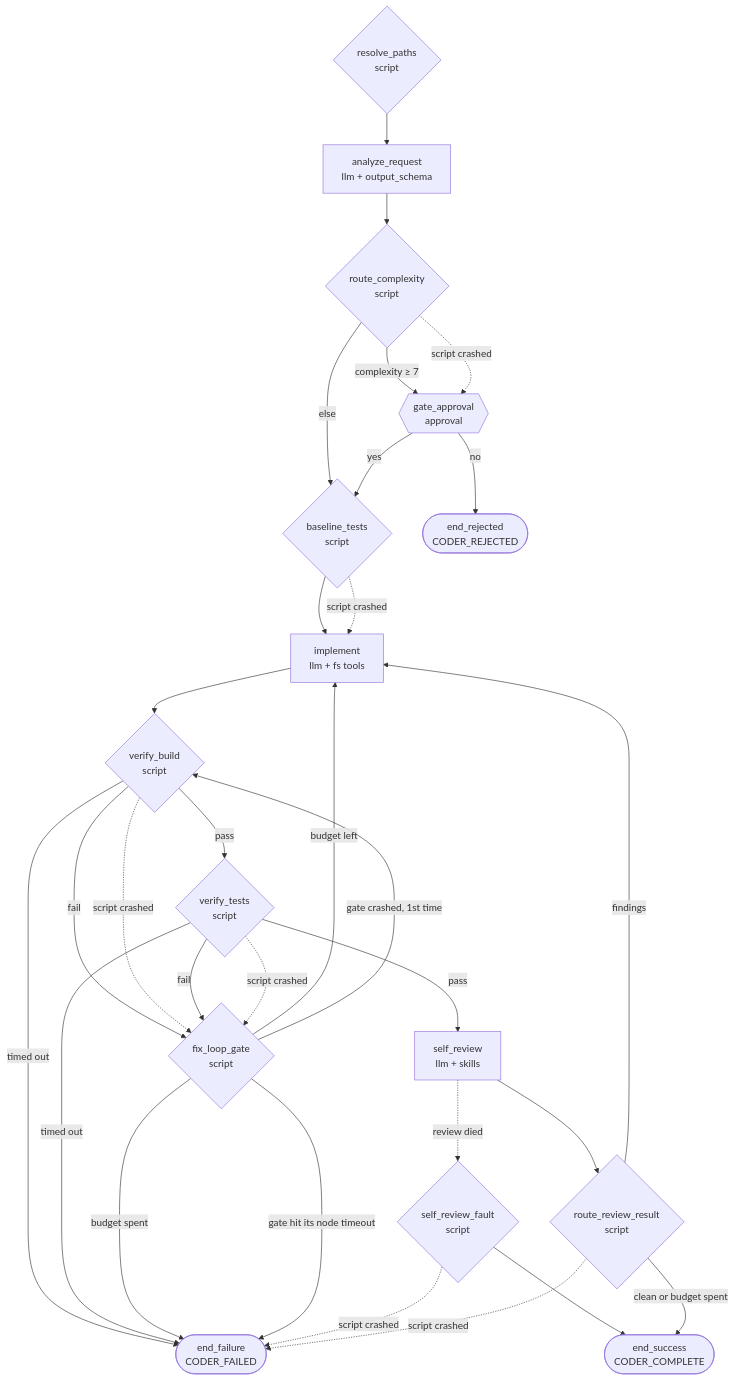
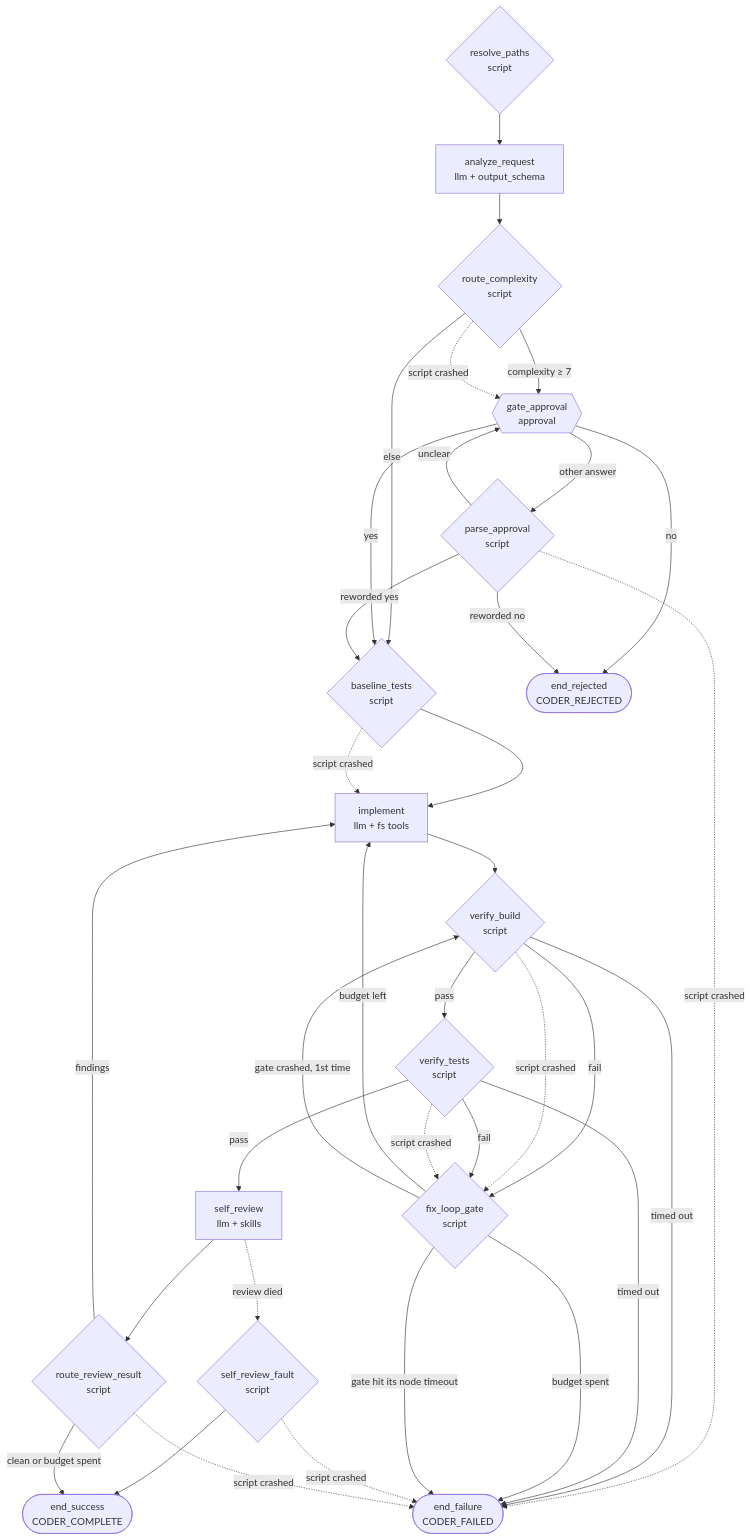
Before and after one commit to Dark-Alex-17/coyote: the diagram in assets/agents/coder/README.md, drawn with Mermaid. The commit also changed other lines of this file and 12 other files, not shown here.

````diff
--- a/assets/agents/coder/README.md
+++ b/assets/agents/coder/README.md
@@ -13,42 +13,48 @@
 ```mermaid
 flowchart TD
     resolve_paths{"resolve_paths<br/>script"} --> analyze_request
     analyze_request["analyze_request<br/>llm + output_schema"] --> route_complexity
     route_complexity{"route_complexity<br/>script"}
     route_complexity -->|"complexity ≥ 7"| gate_approval
     route_complexity -->|else| baseline_tests
     route_complexity -. "script crashed" .-> gate_approval
     gate_approval{{"gate_approval<br/>approval"}}
     gate_approval -->|yes| baseline_tests
     gate_approval -->|no| end_rejected
+    gate_approval -->|"other answer"| parse_approval
+    parse_approval{"parse_approval<br/>script"}
+    parse_approval -->|"reworded yes"| baseline_tests
+    parse_approval -->|"reworded no"| end_rejected
+    parse_approval -->|unclear| gate_approval
+    parse_approval -. "script crashed" .-> end_failure
     baseline_tests{"baseline_tests<br/>script"} --> implement
     baseline_tests -. "script crashed" .-> implement
     implement["implement<br/>llm + fs tools"] --> verify_build
     verify_build{"verify_build<br/>script"}
     verify_build -->|pass| verify_tests
     verify_build -->|fail| fix_loop_gate
     verify_build -->|"timed out"| end_failure
     verify_build -. "script crashed" .-> fix_loop_gate
     verify_tests{"verify_tests<br/>script"}
     verify_tests -->|pass| self_review
     verify_tests -->|fail| fix_loop_gate
     verify_tests -->|"timed out"| end_failure
     verify_tests -. "script crashed" .-> fix_loop_gate
     fix_loop_gate{"fix_loop_gate<br/>script"}
     fix_loop_gate -->|"budget left"| implement
     fix_loop_gate -->|"budget spent"| end_failure
     fix_loop_gate -->|"gate crashed, 1st time"| verify_build
     fix_loop_gate -->|"gate hit its node timeout"| end_failure
     self_review["self_review<br/>llm + skills"] --> route_review_result
     self_review -. "review died" .-> self_review_fault
     self_review_fault{"self_review_fault<br/>script"} --> end_success
     self_review_fault -. "script crashed" .-> end_failure
     route_review_result{"route_review_result<br/>script"}
     route_review_result -->|"clean or budget spent"| end_success
     route_review_result -->|findings| implement
     route_review_result -. "script crashed" .-> end_failure
 
     end_success(["end_success<br/>CODER_COMPLETE"])
     end_rejected(["end_rejected<br/>CODER_REJECTED"])
     end_failure(["end_failure<br/>CODER_FAILED"])
 ```
````
